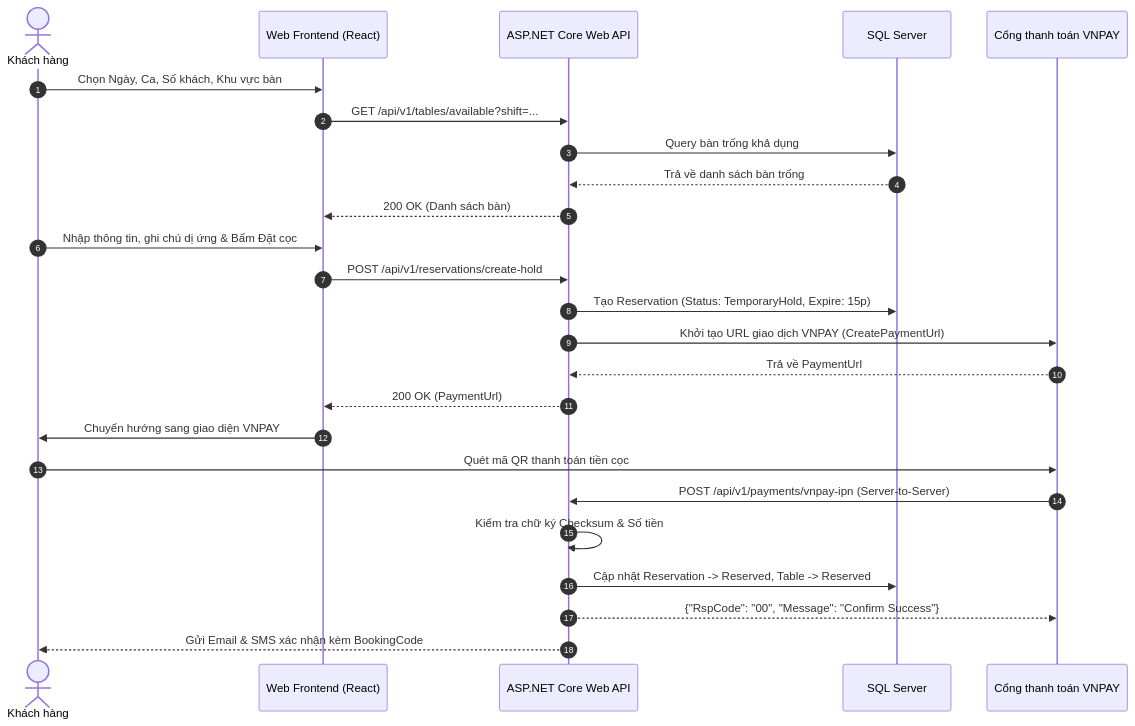
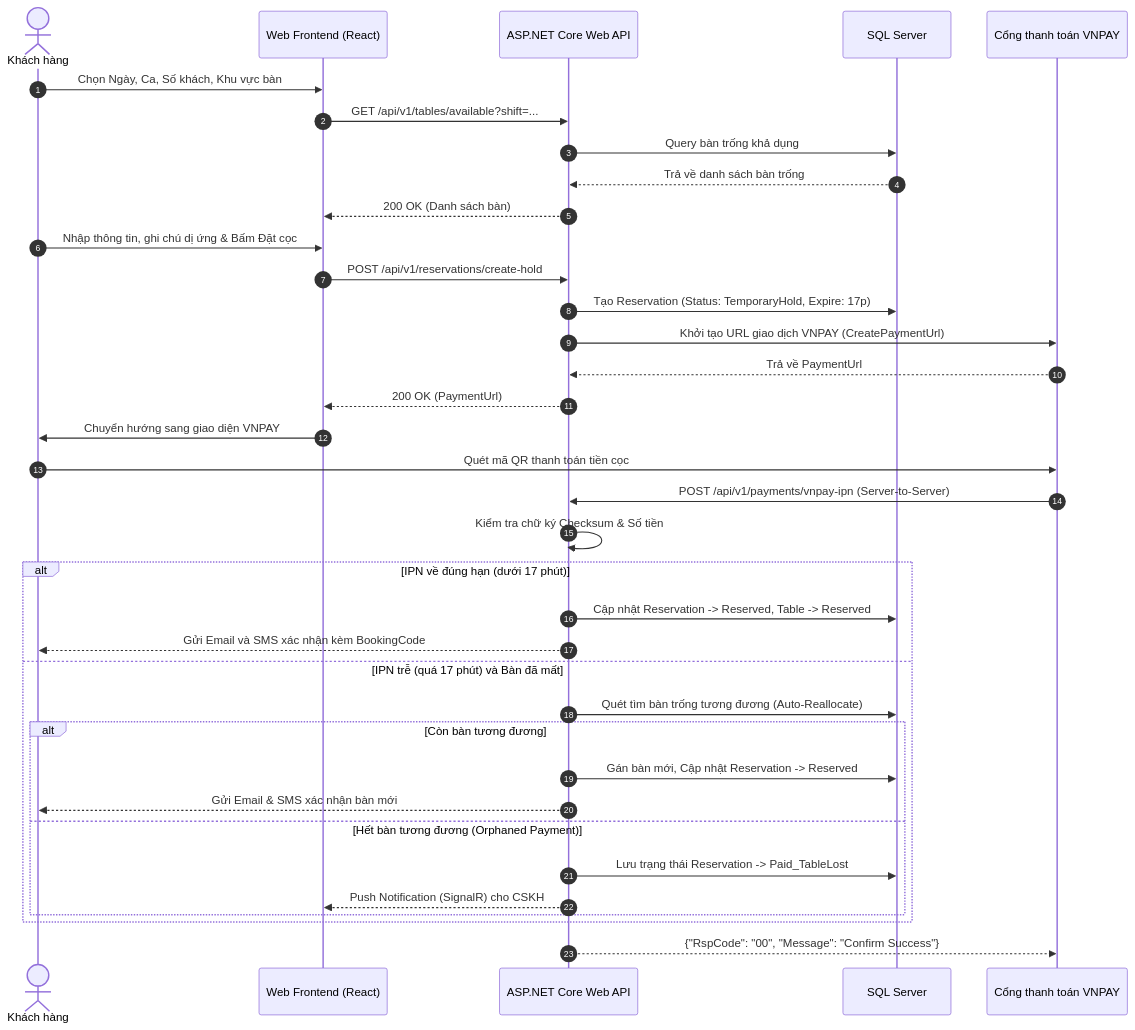
One commit to AndrewQng/VinDining changed the seventh of 10 diagrams in docs/phase1/03_BAO_CAO_PHAN_TICH.md. Above: the diagram before and after it, drawn with Mermaid. The commit also changed other lines of this file and 9 other files, not shown here.

Commit message:
docs: initialize phase 1 project documentation and activity diagrams

````diff
--- a/docs/phase1/03_BAO_CAO_PHAN_TICH.md
+++ b/docs/phase1/03_BAO_CAO_PHAN_TICH.md
@@ -641,28 +651,39 @@
 ```mermaid
 sequenceDiagram
     autonumber
     actor Guest as Khách hàng
     participant Web as Web Frontend (React)
     participant API as ASP.NET Core Web API
     participant DB as SQL Server
     participant VNPAY as Cổng thanh toán VNPAY
 
     Guest->>Web: Chọn Ngày, Ca, Số khách, Khu vực bàn
     Web->>API: GET /api/v1/tables/available?shift=...
     API->>DB: Query bàn trống khả dụng
     DB-->>API: Trả về danh sách bàn trống
     API-->>Web: 200 OK (Danh sách bàn)
     Guest->>Web: Nhập thông tin, ghi chú dị ứng & Bấm Đặt cọc
     Web->>API: POST /api/v1/reservations/create-hold
-    API->>DB: Tạo Reservation (Status: TemporaryHold, Expire: 15p)
+    API->>DB: Tạo Reservation (Status: TemporaryHold, Expire: 17p)
     API->>VNPAY: Khởi tạo URL giao dịch VNPAY (CreatePaymentUrl)
     VNPAY-->>API: Trả về PaymentUrl
     API-->>Web: 200 OK (PaymentUrl)
     Web->>Guest: Chuyển hướng sang giao diện VNPAY
     Guest->>VNPAY: Quét mã QR thanh toán tiền cọc
     VNPAY->>API: POST /api/v1/payments/vnpay-ipn (Server-to-Server)
     API->>API: Kiểm tra chữ ký Checksum & Số tiền
-    API->>DB: Cập nhật Reservation -> Reserved, Table -> Reserved
+    alt IPN về đúng hạn (dưới 17 phút)
+        API->>DB: Cập nhật Reservation -> Reserved, Table -> Reserved
+        API-->>Guest: Gửi Email và SMS xác nhận kèm BookingCode
+    else IPN trễ (quá 17 phút) và Bàn đã mất
+        API->>DB: Quét tìm bàn trống tương đương (Auto-Reallocate)
+        alt Còn bàn tương đương
+            API->>DB: Gán bàn mới, Cập nhật Reservation -> Reserved
+            API-->>Guest: Gửi Email & SMS xác nhận bàn mới
+        else Hết bàn tương đương (Orphaned Payment)
+            API->>DB: Lưu trạng thái Reservation -> Paid_TableLost
+            API-->>Web: Push Notification (SignalR) cho CSKH
+        end
+    end
     API-->>VNPAY: {"RspCode": "00", "Message": "Confirm Success"}
-    API-->>Guest: Gửi Email & SMS xác nhận kèm BookingCode
 ```
````
